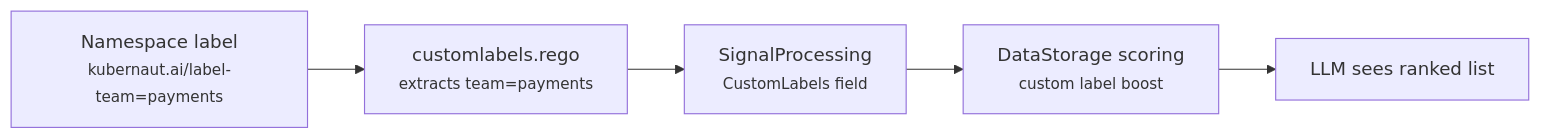
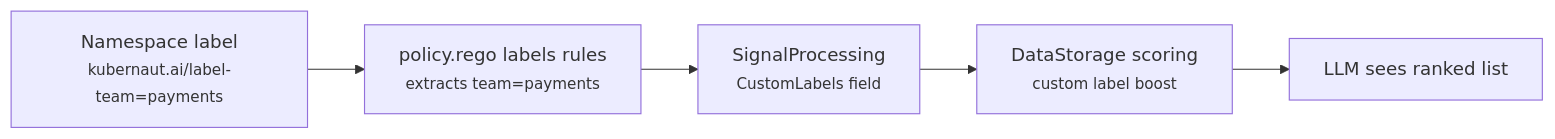
One commit to jordigilh/kubernaut-docs changed the diagram in docs/user-guide/workflow-authoring.md. Above: the diagram before and after it, drawn with Mermaid. The commit also changed other lines of this file and 7 other files, not shown here.

First line of the commit message:
docs: update for unified SP Rego policy and chart quickstart (#415)

````diff
--- a/docs/user-guide/workflow-authoring.md
+++ b/docs/user-guide/workflow-authoring.md
@@ -146,7 +146,7 @@
 ```mermaid
 flowchart LR
-    NS["Namespace label<br/><small>kubernaut.ai/label-team=payments</small>"] --> Rego["customlabels.rego<br/><small>extracts team=payments</small>"]
+    NS["Namespace label<br/><small>kubernaut.ai/label-team=payments</small>"] --> Rego["policy.rego labels rules<br/><small>extracts team=payments</small>"]
     Rego --> SP["SignalProcessing<br/><small>CustomLabels field</small>"]
     SP --> DS["DataStorage scoring<br/><small>custom label boost</small>"]
     DS --> LLM["LLM sees ranked list"]
 ```
````
